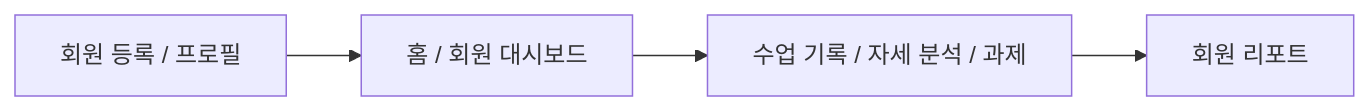
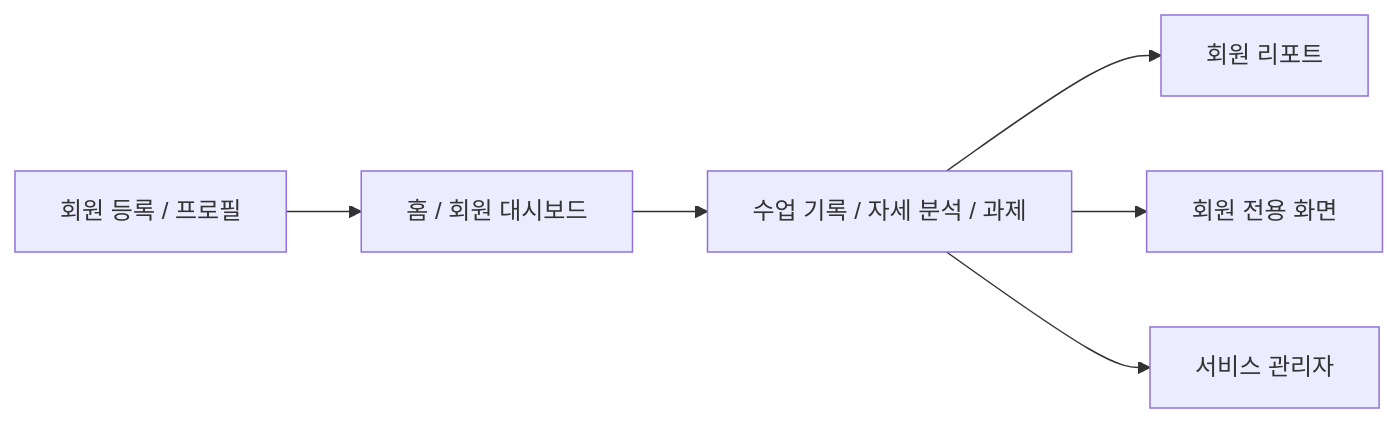
Before and after one commit to win401/health_care_coachBack: the first of 2 diagrams in fitnote-trainer-gradio-screen-flow.md, drawn with Mermaid. The commit also changed other lines of this file and 91 other files, not shown here.

````diff
--- a/fitnote-trainer-gradio-screen-flow.md
+++ b/fitnote-trainer-gradio-screen-flow.md
@@ -35,6 +40,8 @@
 ```mermaid
 flowchart LR
     A["회원 등록 / 프로필"] --> B["홈 / 회원 대시보드"]
     B --> C["수업 기록 / 자세 분석 / 과제"]
     C --> D["회원 리포트"]
+    C --> E["회원 전용 화면"]
+    C --> F["서비스 관리자"]
 ```
````
